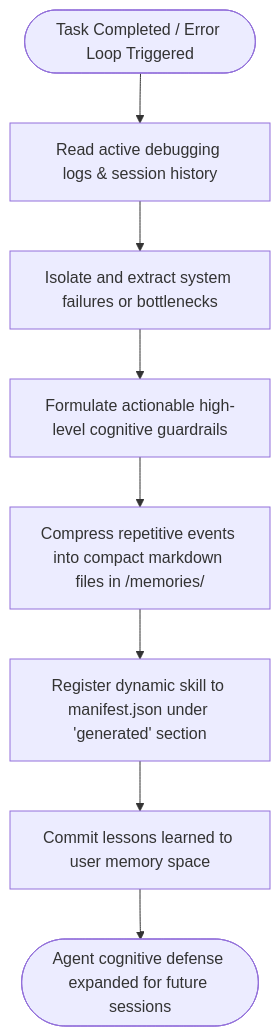
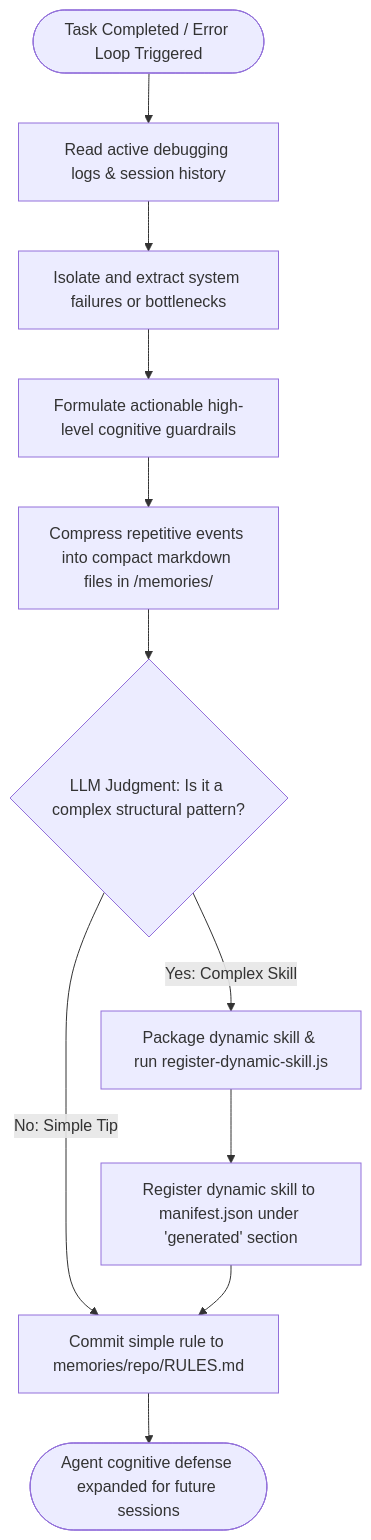
One commit to dyphn1/Harness-everything changed the first of 3 diagrams in docs/workflows/self-evolve.md. Above: the diagram before and after it, drawn with Mermaid. The commit also changed other lines of this file and 3 other files, not shown here.

Commit message:
refactor(self-evolve): introduce LLM judgment for skill promotion, update workflows and bump versions to 0.3.0

````diff
--- a/docs/workflows/self-evolve.md
+++ b/docs/workflows/self-evolve.md
@@ -11,10 +11,13 @@
 ```mermaid
 graph TD
   Start([Task Completed / Error Loop Triggered]) --> ReadSessionLogs["Read active debugging logs & session history"]
   ReadSessionLogs --> IdentifyRootCauses["Isolate and extract system failures or bottlenecks"]
   IdentifyRootCauses --> SynthesizeGuardrails["Formulate actionable high-level cognitive guardrails"]
   SynthesizeGuardrails --> CompressMemories["Compress repetitive events into compact markdown files in /memories/"]
-  CompressMemories --> RegisterManifest["Register dynamic skill to manifest.json under 'generated' section"]
-  RegisterManifest --> UpdateUserMemory["Commit lessons learned to user memory space"]
+  CompressMemories --> DecideSkill{LLM Judgment: Is it a complex structural pattern?}
+  DecideSkill -->|No: Simple Tip| UpdateUserMemory["Commit simple rule to memories/repo/RULES.md"]
+  DecideSkill -->|Yes: Complex Skill| CreateDynamic["Package dynamic skill & run register-dynamic-skill.js"]
+  CreateDynamic --> RegisterManifest["Register dynamic skill to manifest.json under 'generated' section"]
+  RegisterManifest --> UpdateUserMemory
   UpdateUserMemory --> End([Agent cognitive defense expanded for future sessions])
 ```
````
